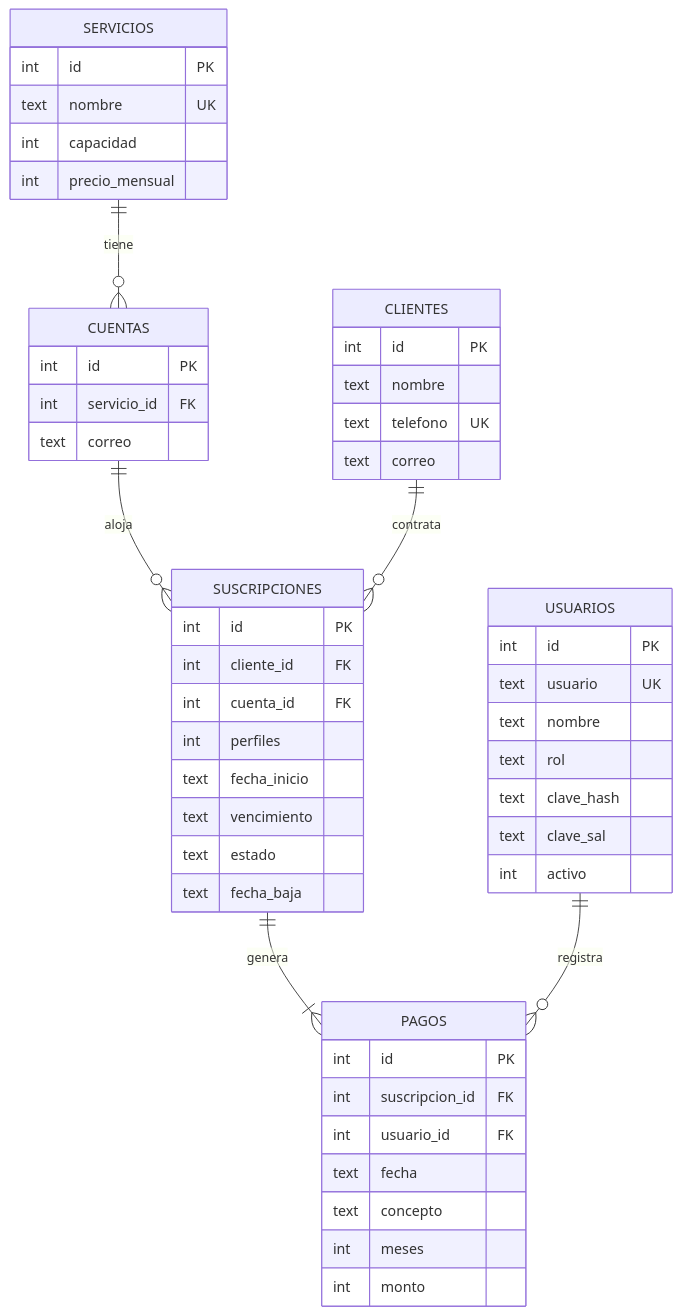
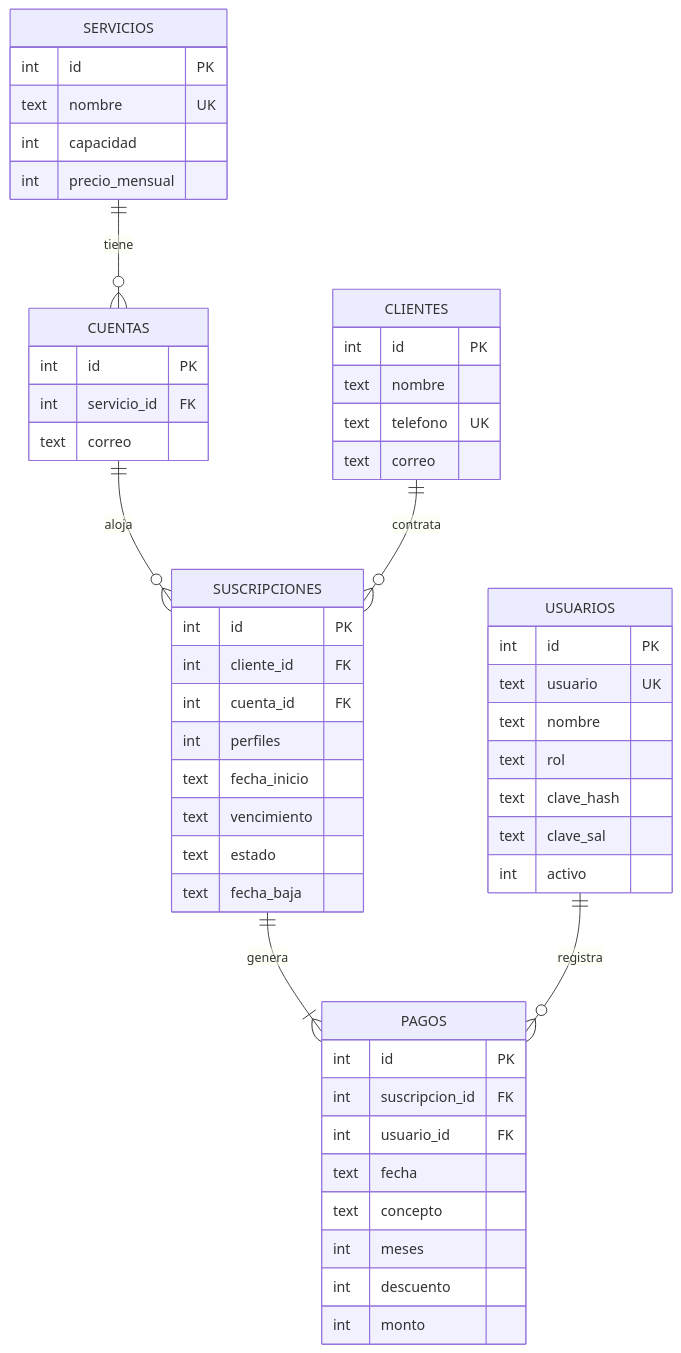
Before and after one commit to TheMarce001/programacion_VI: the second of 2 diagrams in accountstore_escritorio/docs/INFORME.md, drawn with Mermaid. The commit also changed other lines of this file and 15 other files, not shown here.

````diff
--- a/accountstore_escritorio/docs/INFORME.md
+++ b/accountstore_escritorio/docs/INFORME.md
@@ -140,54 +146,55 @@
 ```mermaid
 erDiagram
     SERVICIOS ||--o{ CUENTAS : "tiene"
     CUENTAS ||--o{ SUSCRIPCIONES : "aloja"
     CLIENTES ||--o{ SUSCRIPCIONES : "contrata"
     SUSCRIPCIONES ||--|{ PAGOS : "genera"
     USUARIOS ||--o{ PAGOS : "registra"
 
     USUARIOS {
         int id PK
         text usuario UK
         text nombre
         text rol
         text clave_hash
         text clave_sal
         int activo
     }
     SERVICIOS {
         int id PK
         text nombre UK
         int capacidad
         int precio_mensual
     }
     CUENTAS {
         int id PK
         int servicio_id FK
         text correo
     }
     CLIENTES {
         int id PK
         text nombre
         text telefono UK
         text correo
     }
     SUSCRIPCIONES {
         int id PK
         int cliente_id FK
         int cuenta_id FK
         int perfiles
         text fecha_inicio
         text vencimiento
         text estado
         text fecha_baja
     }
     PAGOS {
         int id PK
         int suscripcion_id FK
         int usuario_id FK
         text fecha
         text concepto
         int meses
+        int descuento
         int monto
     }
 ```
````
